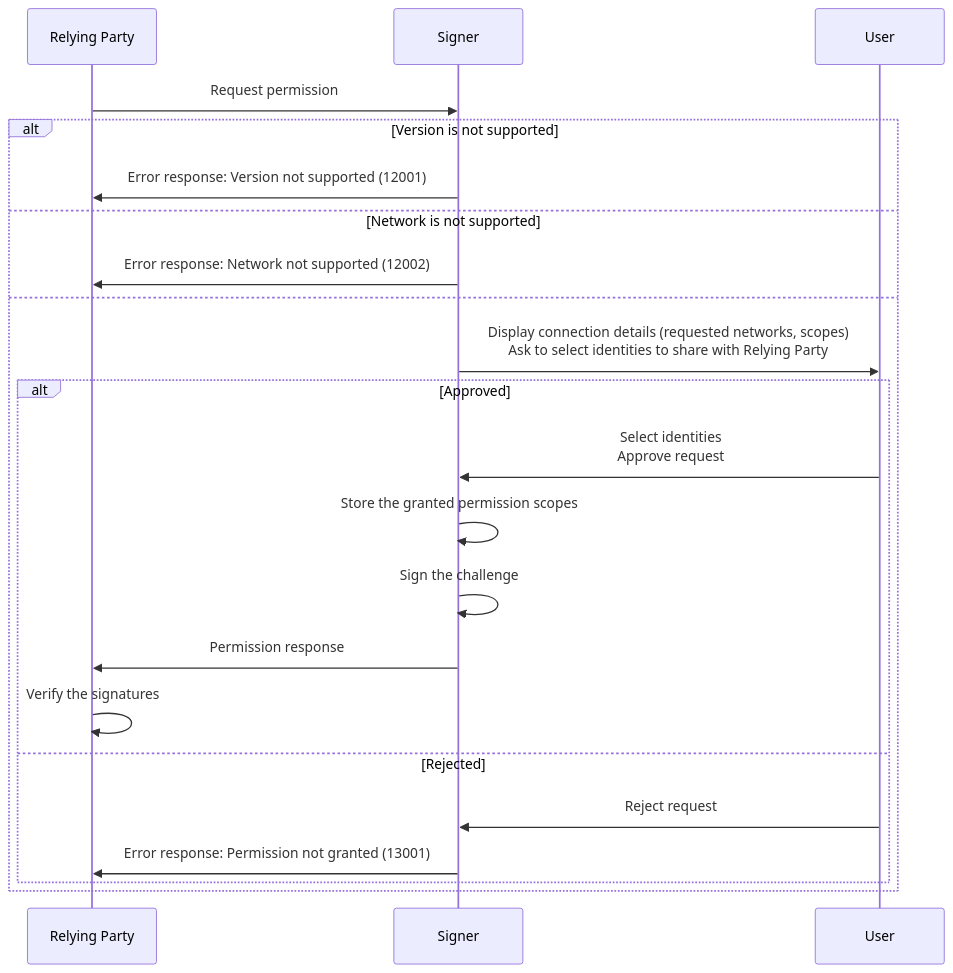
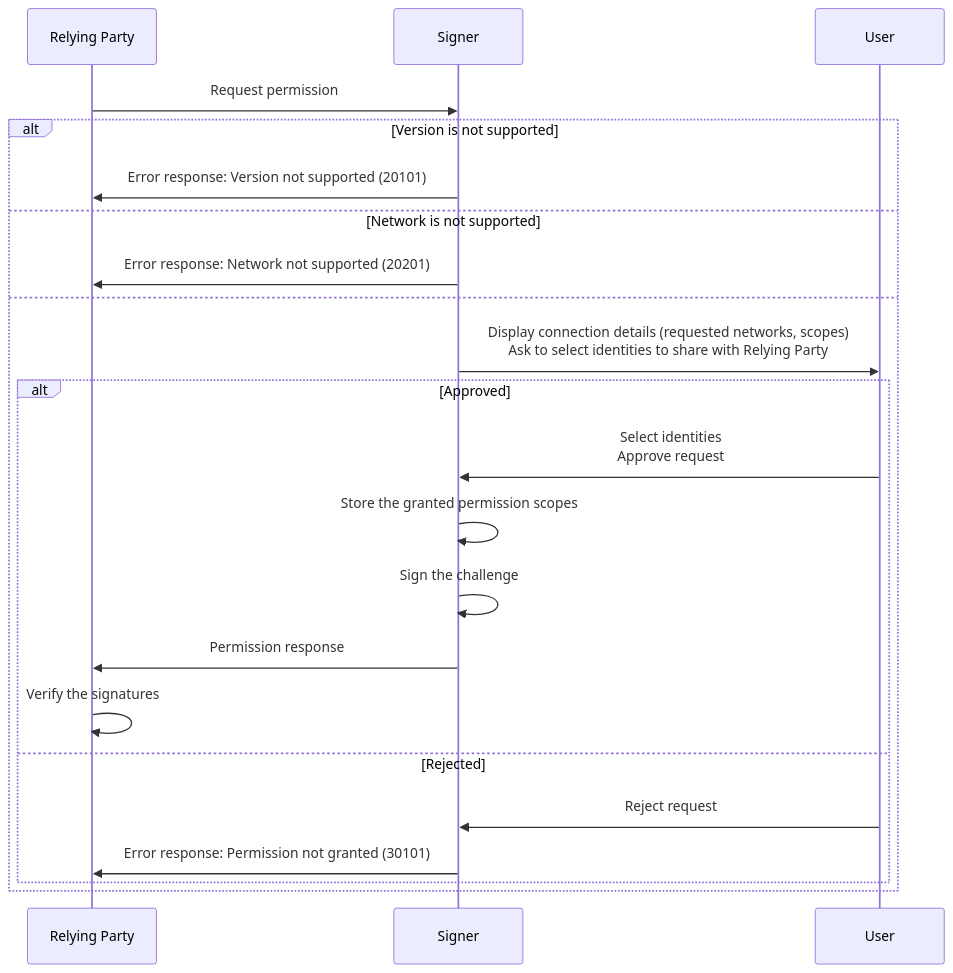
One commit to dfinity/wg-identity-authentication changed the first of 3 diagrams in topics/icrc_25_signer_interaction_standard.md. Above: the diagram before and after it, drawn with Mermaid. The commit also changed other lines of this file, not shown here.

Commit message:
Change error codes, improve document structure

````diff
--- a/topics/icrc_25_signer_interaction_standard.md
+++ b/topics/icrc_25_signer_interaction_standard.md
@@ -118,25 +99,25 @@
 ```mermaid
 sequenceDiagram
     participant RP as Relying Party
     participant S as Signer
     participant U as User
 
     RP ->> S: Request permission
     alt Version is not supported
-        S ->> RP: Error response: Version not supported (12001)
+        S ->> RP: Error response: Version not supported (20101)
     else Network is not supported
-        S ->> RP: Error response: Network not supported (12002)
+        S ->> RP: Error response: Network not supported (20201)
     else
         S ->> U: Display connection details (requested networks, scopes)<br/> Ask to select identities to share with Relying Party
         alt Approved
             U ->> S: Select identities<br/>Approve request
             S ->> S: Store the granted permission scopes
             S ->> S: Sign the challenge
             S ->> RP: Permission response
             RP ->> RP: Verify the signatures
         else Rejected
             U ->> S: Reject request
-            S ->> RP: Error response: Permission not granted (13001)
+            S ->> RP: Error response: Permission not granted (30101)
         end
     end
 ```
````
